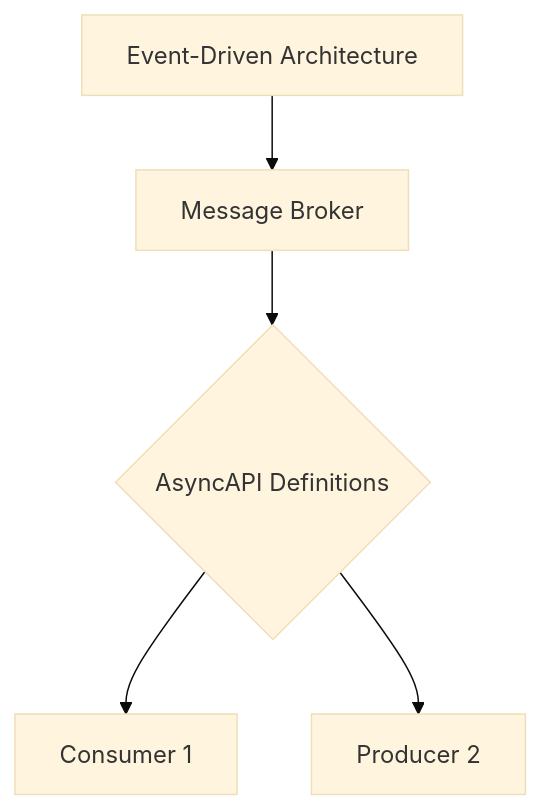
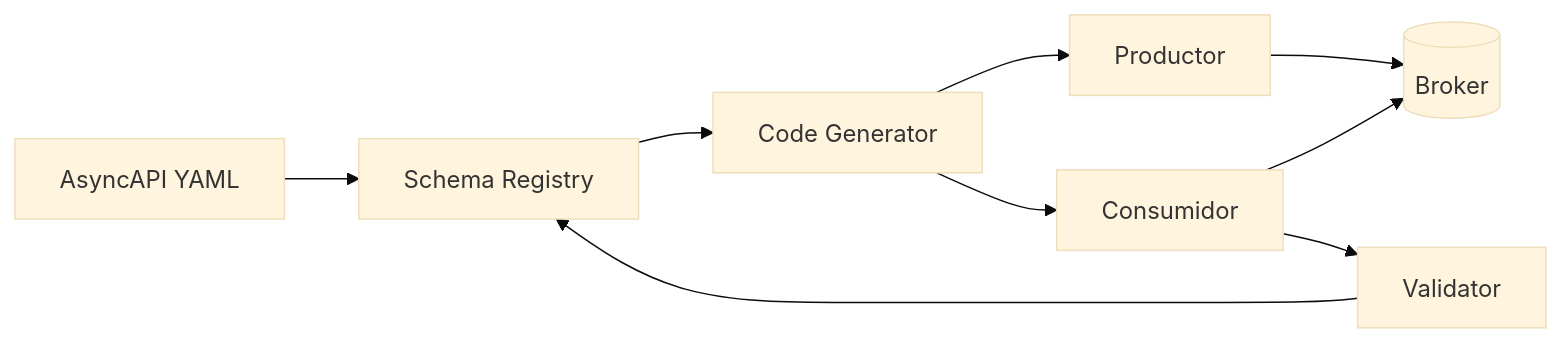
The second of 3 diagrams in _Review/asyncapi_y_arquitecturas_event_driven/asyncapi_y_arquitecturas_event_driven.md (Joaquinriosheredia/DAM-Java-Mastery), drawn with Mermaid (base theme) before and after one commit. The commit also changed other lines of this file, not shown here.

Commit message:
AsyncAPI y Arquitecturas Event-Driven en Java 21

````diff
--- a/_Review/asyncapi_y_arquitecturas_event_driven/asyncapi_y_arquitecturas_event_driven.md
+++ b/_Review/asyncapi_y_arquitecturas_event_driven/asyncapi_y_arquitecturas_event_driven.md
@@ -35,7 +241,11 @@
 ```mermaid
-graph TD
-    A[Event-Driven Architecture] --> B[Message Broker]
-    B --> C{AsyncAPI Definitions}
-    C --> D[Consumer 1]
-    C --> E[Producer 2]
+graph LR
+    SPEC[AsyncAPI YAML] --> REG[Schema Registry]
+    REG --> GEN[Code Generator]
+    GEN --> PROD[Productor]
+    GEN --> CONS[Consumidor]
+    PROD --> BROKER[(Broker)]
+    CONS --> BROKER
+    CONS --> VAL[Validator]
+    VAL --> REG
 ```
````
